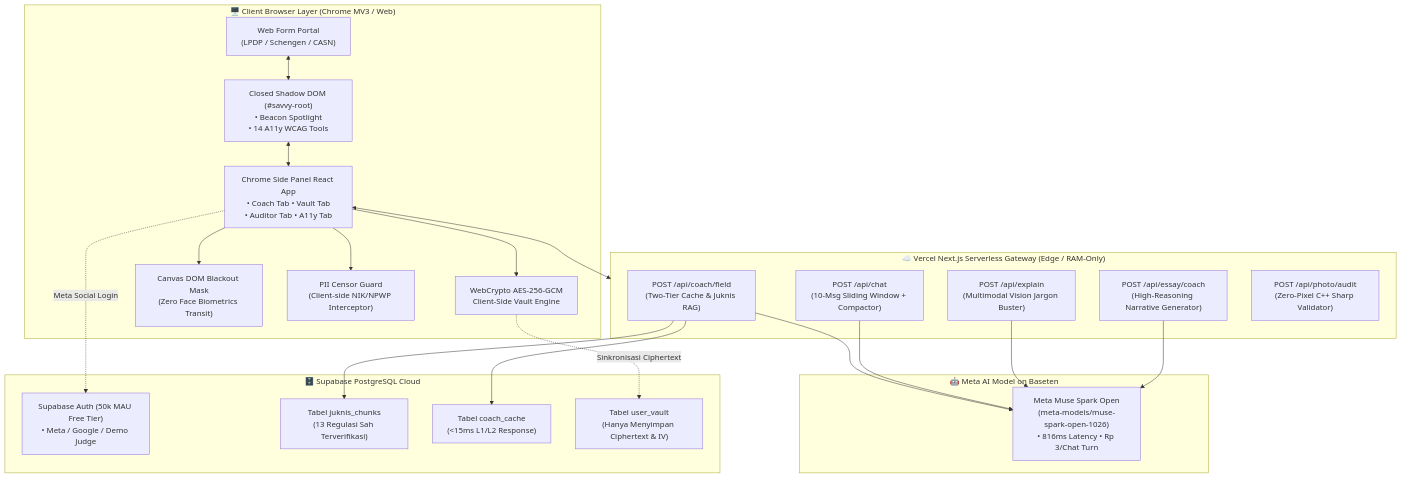
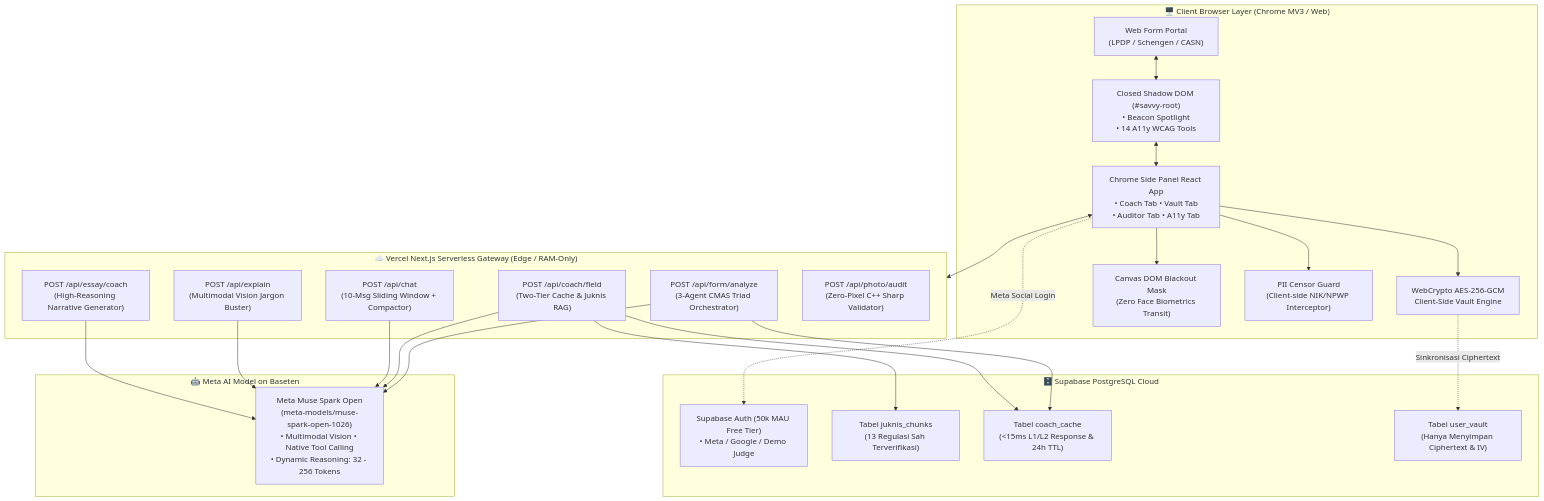
Before and after one commit to arfabi/owly: the diagram in README.md, drawn with Mermaid. The commit also changed other lines of this file, not shown here.

Commit message:
docs: update architecture diagram and add 3-agent CMAS triad analysis documentation to README

````diff
--- a/README.md
+++ b/README.md
@@ -38,47 +38,50 @@
 ```mermaid
 flowchart TB
     subgraph ClientLayer["🖥️ Client Browser Layer (Chrome MV3 / Web)"]
         UserForm["Web Form Portal\n(LPDP / Schengen / CASN)"]
         ShadowDOM["Closed Shadow DOM (#savvy-root)\n• Beacon Spotlight\n• 14 A11y WCAG Tools"]
         SidePanel["Chrome Side Panel React App\n• Coach Tab • Vault Tab\n• Auditor Tab • A11y Tab"]
         WebCrypto["WebCrypto AES-256-GCM\nClient-Side Vault Engine"]
         CanvasMask["Canvas DOM Blackout Mask\n(Zero Face Biometrics Transit)"]
         PIIGuard["PII Censor Guard\n(Client-side NIK/NPWP Interceptor)"]
     end
 
     subgraph GatewayLayer["☁️ Vercel Next.js Serverless Gateway (Edge / RAM-Only)"]
+        APIAnalyze["POST /api/form/analyze\n(3-Agent CMAS Triad Orchestrator)"]
         APIChat["POST /api/chat\n(10-Msg Sliding Window + Compactor)"]
         APICoach["POST /api/coach/field\n(Two-Tier Cache & Juknis RAG)"]
         APIExplain["POST /api/explain\n(Multimodal Vision Jargon Buster)"]
         APIEssay["POST /api/essay/coach\n(High-Reasoning Narrative Generator)"]
         APIAudit["POST /api/photo/audit\n(Zero-Pixel C++ Sharp Validator)"]
     end
 
     subgraph MetaAILayer["🤖 Meta AI Model on Baseten"]
-        MuseSpark["Meta Muse Spark Open\n(meta-models/muse-spark-open-1026)\n• 816ms Latency • Rp 3/Chat Turn"]
+        MuseSpark["Meta Muse Spark Open\n(meta-models/muse-spark-open-1026)\n• Multimodal Vision • Native Tool Calling\n• Dynamic Reasoning: 32 - 256 Tokens"]
     end
 
     subgraph DataLayer["🗄️ Supabase PostgreSQL Cloud"]
         SupaAuth["Supabase Auth (50k MAU Free Tier)\n• Meta / Google / Demo Judge"]
         SupaRAG["Tabel juknis_chunks\n(13 Regulasi Sah Terverifikasi)"]
-        SupaCache["Tabel coach_cache\n(<15ms L1/L2 Response)"]
+        SupaCache["Tabel coach_cache\n(<15ms L1/L2 Response & 24h TTL)"]
         SupaVault["Tabel user_vault\n(Hanya Menyimpan Ciphertext & IV)"]
     end
 
     UserForm <--> ShadowDOM
     ShadowDOM <--> SidePanel
     SidePanel --> PIIGuard
     SidePanel --> CanvasMask
     SidePanel --> WebCrypto
     SidePanel <--> GatewayLayer
 
+    APIAnalyze --> SupaCache
+    APIAnalyze --> MuseSpark
     APICoach --> SupaCache
     APICoach --> SupaRAG
     APICoach --> MuseSpark
     APIChat --> MuseSpark
     APIExplain --> MuseSpark
     APIEssay --> MuseSpark
 
     WebCrypto -.->|Sinkronisasi Ciphertext| SupaVault
     SidePanel -.->|Meta Social Login| SupaAuth
 ```
````
